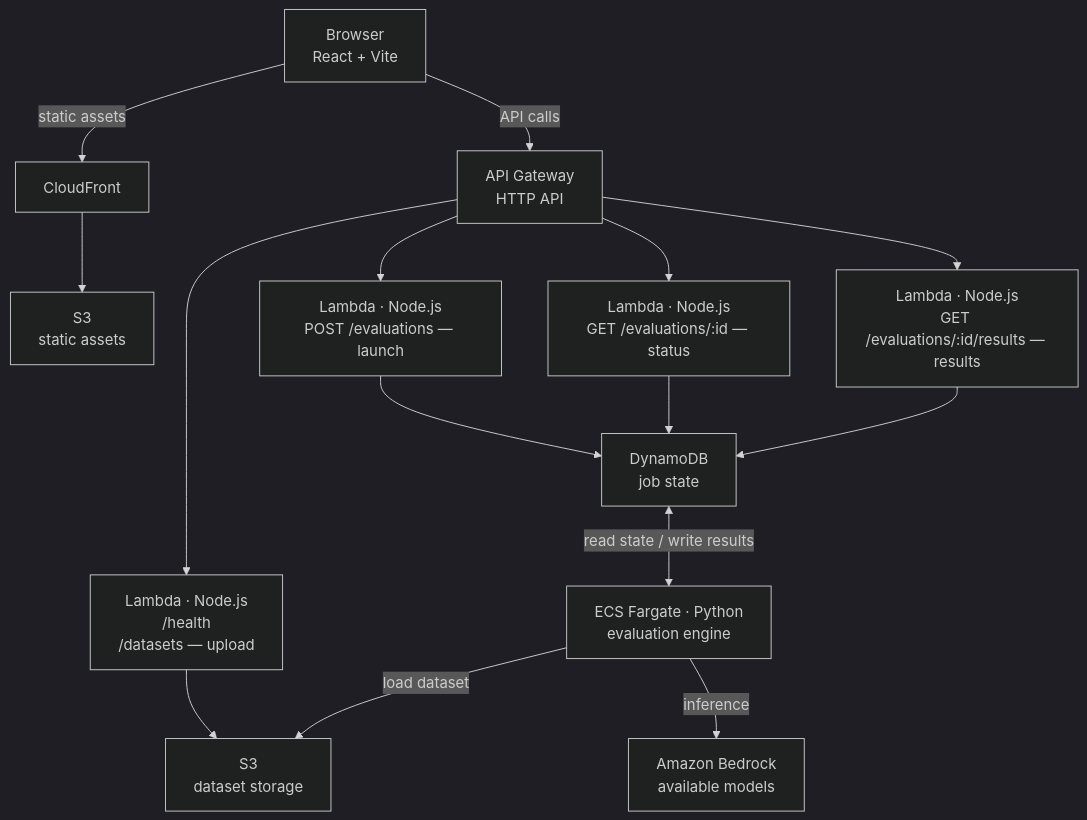
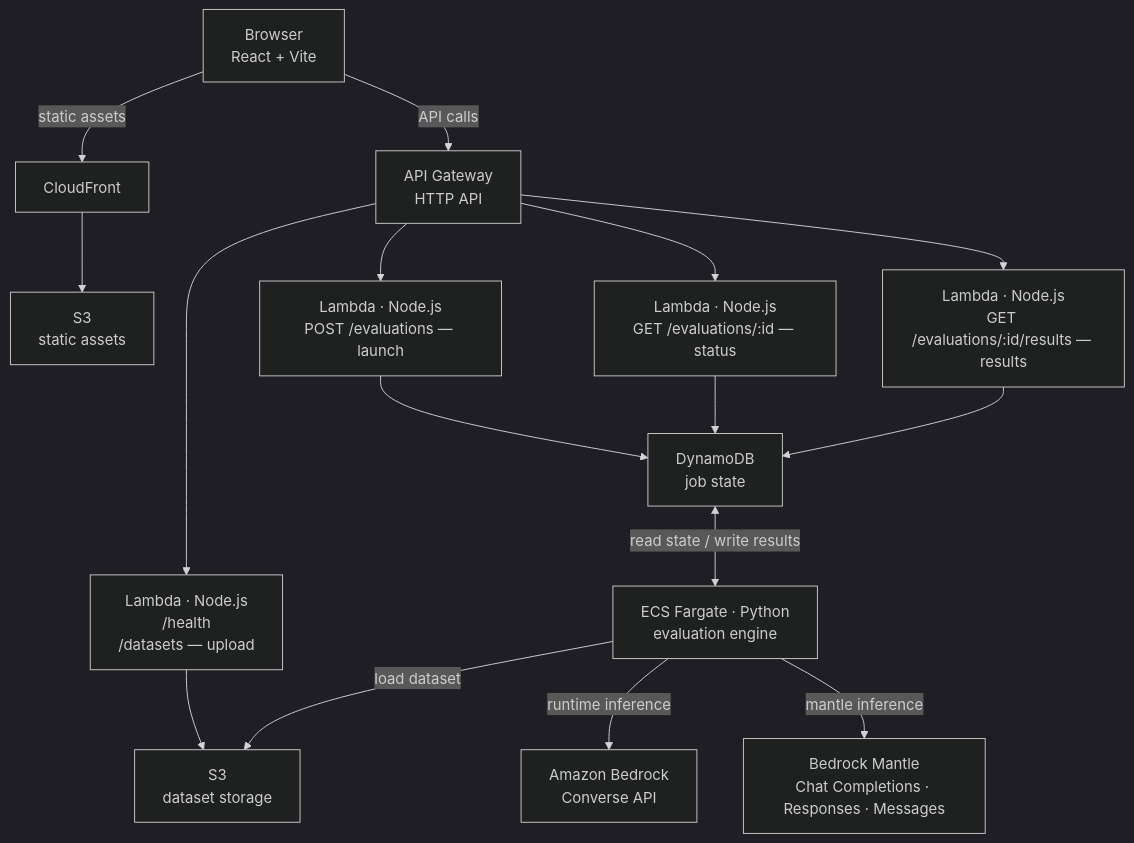
One commit to trackit/genai-inference-model-evaluation-tool changed the diagram in README.md. Above: the diagram before and after it, drawn with Mermaid (dark theme). The commit also changed other lines of this file, not shown here.

Commit message:
docs(GIMET-096): document Bedrock Mantle model modes in README

````diff
--- a/README.md
+++ b/README.md
@@ -23,25 +38,26 @@
 ```mermaid
 flowchart TD
     Browser["Browser<br/>React + Vite"]
 
     Browser -->|static assets| CF["CloudFront"]
     CF --> S3_static["S3<br/>static assets"]
 
     Browser -->|API calls| APIGW["API Gateway<br/>HTTP API"]
 
     APIGW --> LambdaA["Lambda · Node.js<br/>/health<br/>/datasets — upload"]
     APIGW --> LambdaB["Lambda · Node.js<br/>POST /evaluations — launch"]
     APIGW --> LambdaC["Lambda · Node.js<br/>GET /evaluations/:id — status"]
     APIGW --> LambdaD["Lambda · Node.js<br/>GET /evaluations/:id/results — results"]
 
     LambdaA --> S3_data["S3<br/>dataset storage"]
 
     LambdaB --> DDB["DynamoDB<br/>job state"]
     LambdaC --> DDB
     LambdaD --> DDB
 
     DDB <-->|read state / write results| Fargate["ECS Fargate · Python<br/>evaluation engine"]
 
     Fargate -->|load dataset| S3_data
-    Fargate -->|inference| Bedrock["Amazon Bedrock<br/>available models"]
+    Fargate -->|runtime inference| Bedrock["Amazon Bedrock<br/>Converse API"]
+    Fargate -->|mantle inference| Mantle["Bedrock Mantle<br/>Chat Completions · Responses · Messages"]
 ```
````
